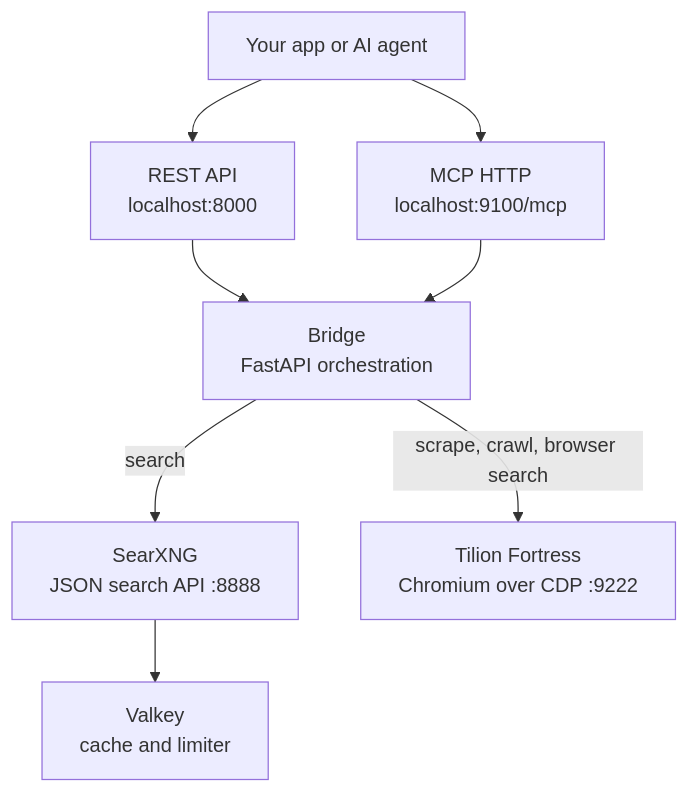
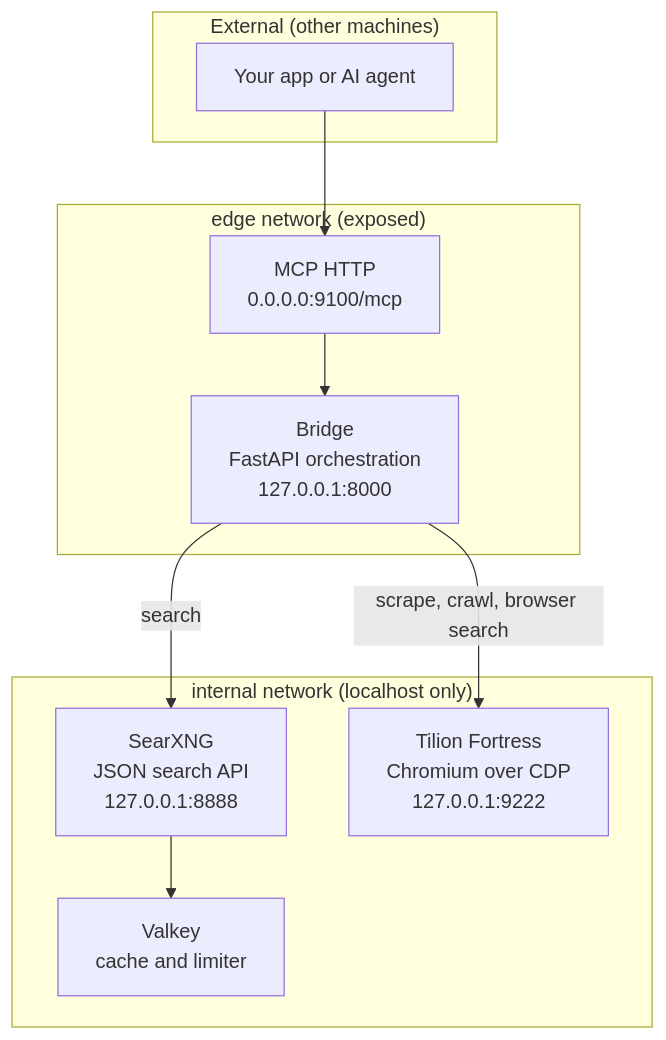
Before and after one commit to kiuckhuang/web-scraping: the first of 2 diagrams in README.md, drawn with Mermaid. The commit also changed other lines of this file and 1 other file, not shown here.

First line of the commit message:
security: segment network, bind core services to localhost

````diff
--- a/README.md
+++ b/README.md
@@ -19,18 +19,21 @@
 ```mermaid
 flowchart TB
-    client["Your app or AI agent"]
-    rest["REST API\nlocalhost:8000"]
-    mcp["MCP HTTP\nlocalhost:9100/mcp"]
-    bridge["Bridge\nFastAPI orchestration"]
-    searx["SearXNG\nJSON search API :8888"]
-    fortress["Tilion Fortress\nChromium over CDP :9222"]
-    valkey["Valkey\ncache and limiter"]
+    subgraph external["External (other machines)"]
+        client["Your app or AI agent"]
+    end
+    subgraph edge["edge network (exposed)"]
+        mcp["MCP HTTP\n0.0.0.0:9100/mcp"]
+        bridge["Bridge\nFastAPI orchestration\n127.0.0.1:8000"]
+    end
+    subgraph internal["internal network (localhost only)"]
+        searx["SearXNG\nJSON search API\n127.0.0.1:8888"]
+        fortress["Tilion Fortress\nChromium over CDP\n127.0.0.1:9222"]
+        valkey["Valkey\ncache and limiter"]
+    end
 
-    client --> rest
     client --> mcp
-    rest --> bridge
     mcp --> bridge
     bridge -->|search| searx
     bridge -->|scrape, crawl, browser search| fortress
     searx --> valkey
 ```
````
